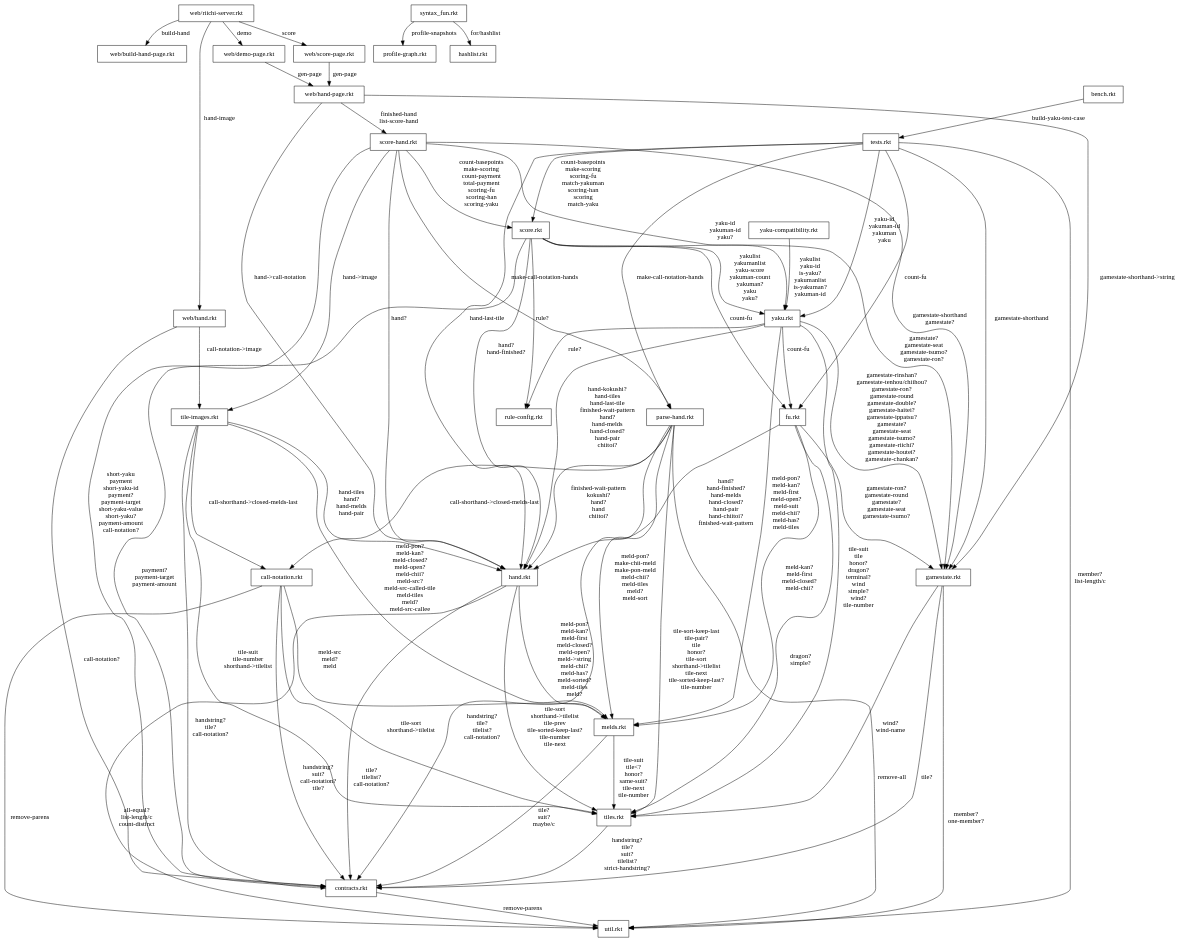
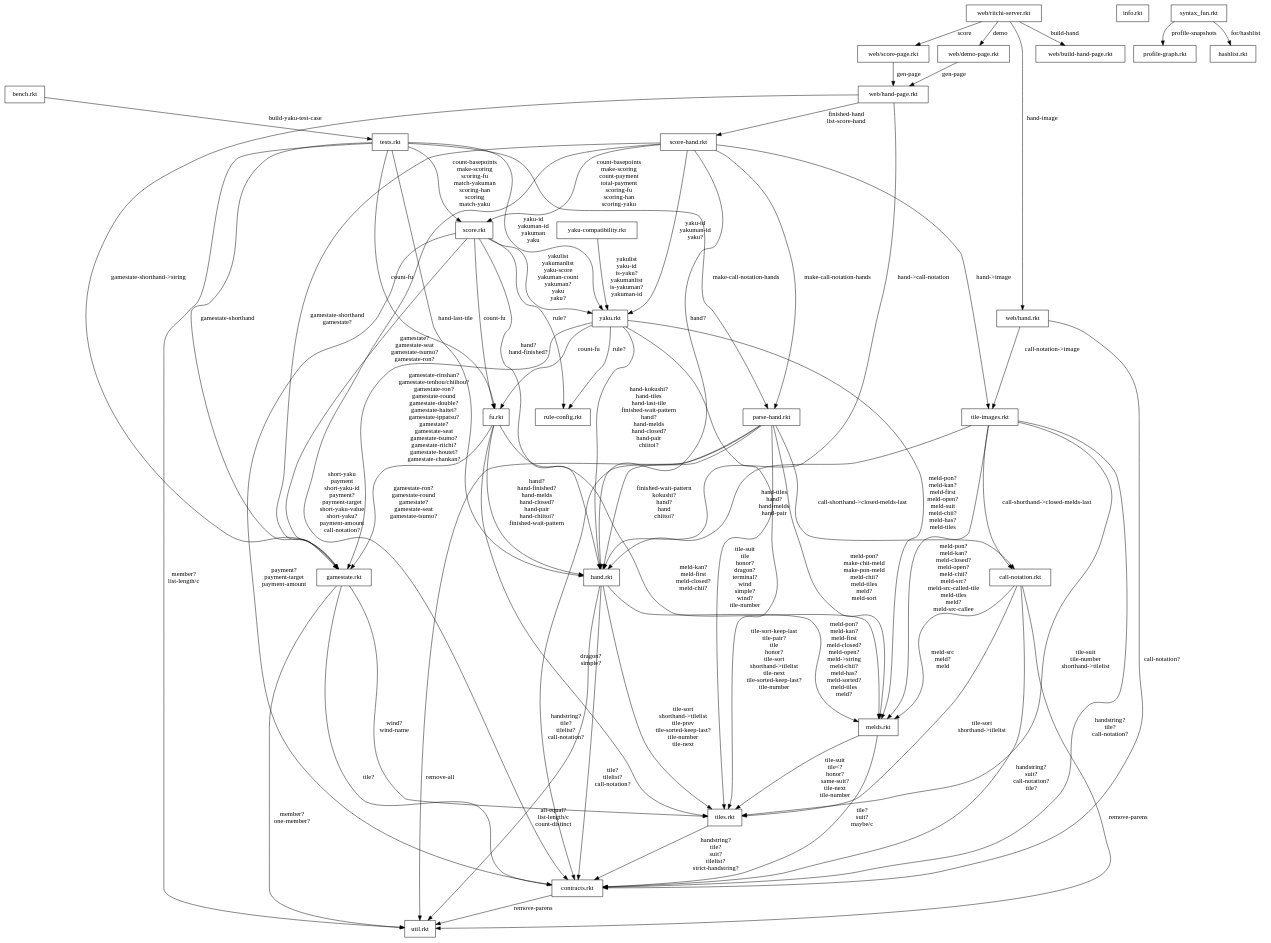
Before and after one commit to iamevn/racket-riichi: the diagram in module_deps.gv, drawn with Graphviz. The commit also changed 4 other files, not shown here.

```diff
--- a/module_deps.gv
+++ b/module_deps.gv
@@ -3,75 +3,103 @@
   splines=true
   node[shape="box"]
 
-  "web/riichi-server.rkt" -> "web/build-hand-page.rkt" [label="build-hand"];
-  "yaku.rkt" -> "tiles.rkt" [label="tile-suit\ntile\nhonor?\ndragon?\nterminal?\nwind\nsimple?\nwind?\ntile-number"];
-  "hand.rkt" -> "contracts.rkt" [label="tile?\ntilelist?\ncall-notation?"];
-  "yaku.rkt" -> "melds.rkt" [label="meld-pon?\nmeld-kan?\nmeld-first\nmeld-open?\nmeld-suit\nmeld-chii?\nmeld-has?\nmeld-tiles"];
-  "contracts.rkt" -> "util.rkt" [label="remove-parens"];
-  "score.rkt" -> "yaku.rkt" [label="yakulist\nyakumanlist\nyaku-score\nyakuman-count\nyakuman?\nyaku\nyaku?"];
-  "yaku.rkt" -> "hand.rkt" [label="hand-kokushi?\nhand-tiles\nhand-last-tile\nfinished-wait-pattern\nhand?\nhand-melds\nhand-closed?\nhand-pair\nchiitoi?"];
-  "score.rkt" -> "contracts.rkt" [label="payment?\npayment-target\npayment-amount"];
-  "score.rkt" -> "hand.rkt" [label="hand?\nhand-finished?"];
-  "tiles.rkt" -> "contracts.rkt" [label="handstring?\ntile?\nsuit?\ntilelist?\nstrict-handstring?"];
-  "syntax_fun.rkt" -> "profile-graph.rkt" [label="profile-snapshots"];
-  "score-hand.rkt" -> "parse-hand.rkt" [label="make-call-notation-hands"];
-  "score-hand.rkt" -> "gamestate.rkt" [label="gamestate-shorthand\ngamestate?"];
-  "web/hand.rkt" -> "contracts.rkt" [label="call-notation?"];
-  "call-notation.rkt" -> "util.rkt" [label="remove-parens"];
-  "bench.rkt" -> "tests.rkt" [label="build-yaku-test-case"];
-  "tests.rkt" -> "util.rkt" [label="member?\nlist-length/c"];
-  "fu.rkt" -> "melds.rkt" [label="meld-kan?\nmeld-first\nmeld-closed?\nmeld-chii?"];
-  "score-hand.rkt" -> "tile-images.rkt" [label="hand->image"];
-  "tests.rkt" -> "score.rkt" [label="count-basepoints\nmake-scoring\nscoring-fu\nmatch-yakuman\nscoring-han\nscoring\nmatch-yaku"];
-  "fu.rkt" -> "tiles.rkt" [label="dragon?\nsimple?"];
-  "parse-hand.rkt" -> "util.rkt" [label="remove-all"];
-  "fu.rkt" -> "hand.rkt" [label="hand?\nhand-finished?\nhand-melds\nhand-closed?\nhand-pair\nhand-chiitoi?\nfinished-wait-pattern"];
-  "yaku-compatibility.rkt" -> "yaku.rkt" [label="yakulist\nyaku-id\nis-yaku?\nyakumanlist\nis-yakuman?\nyakuman-id"];
-  "tile-images.rkt" -> "call-notation.rkt" [label="call-shorthand->closed-melds-last"];
-  "web/hand-page.rkt" -> "hand.rkt" [label="hand->call-notation"];
-  "score.rkt" -> "rule-config.rkt" [label="rule?"];
-  "score.rkt" -> "fu.rkt" [label="count-fu"];
-  "call-notation.rkt" -> "melds.rkt" [label="meld-src\nmeld?\nmeld"];
-  "yaku.rkt" -> "gamestate.rkt" [label="gamestate-rinshan?\ngamestate-tenhou/chiihou?\ngamestate-ron?\ngamestate-round\ngamestate-double?\ngamestate-haitei?\ngamestate-ippatsu?\ngamestate?\ngamestate-seat\ngamestate-tsumo?\ngamestate-riichi?\ngamestate-houtei?\ngamestate-chankan?"];
-  "call-notation.rkt" -> "tiles.rkt" [label="tile-sort\nshorthand->tilelist"];
-  "yaku.rkt" -> "rule-config.rkt" [label="rule?"];
-  "score.rkt" -> "gamestate.rkt" [label="gamestate?\ngamestate-seat\ngamestate-tsumo?\ngamestate-ron?"];
-  "yaku.rkt" -> "fu.rkt" [label="count-fu"];
-  "web/score-page.rkt" -> "web/hand-page.rkt" [label="gen-page"];
-  "web/riichi-server.rkt" -> "web/score-page.rkt" [label="score"];
-  "call-notation.rkt" -> "contracts.rkt" [label="handstring?\nsuit?\ncall-notation?\ntile?"];
-  "gamestate.rkt" -> "util.rkt" [label="member?\none-member?"];
-  "tests.rkt" -> "hand.rkt" [label="hand-last-tile"];
-  "parse-hand.rkt" -> "melds.rkt" [label="meld-pon?\nmake-chii-meld\nmake-pon-meld\nmeld-chii?\nmeld-tiles\nmeld?\nmeld-sort"];
-  "parse-hand.rkt" -> "tiles.rkt" [label="tile-sort-keep-last\ntile-pair?\ntile\nhonor?\ntile-sort\nshorthand->tilelist\ntile-next\ntile-sorted-keep-last?\ntile-number"];
-  "tests.rkt" -> "yaku.rkt" [label="yaku-id\nyakuman-id\nyakuman\nyaku"];
-  "parse-hand.rkt" -> "hand.rkt" [label="finished-wait-pattern\nkokushi?\nhand?\nhand\nchiitoi?"];
-  "web/riichi-server.rkt" -> "web/hand.rkt" [label="hand-image"];
-  "score-hand.rkt" -> "score.rkt" [label="count-basepoints\nmake-scoring\ncount-payment\ntotal-payment\nscoring-fu\nscoring-han\nscoring-yaku"];
-  "parse-hand.rkt" -> "contracts.rkt" [label="handstring?\ntile?\ntilelist?\ncall-notation?"];
-  "web/hand.rkt" -> "tile-images.rkt" [label="call-notation->image"];
-  "web/hand-page.rkt" -> "gamestate.rkt" [label="gamestate-shorthand->string"];
-  "gamestate.rkt" -> "tiles.rkt" [label="wind?\nwind-name"];
-  "fu.rkt" -> "gamestate.rkt" [label="gamestate-ron?\ngamestate-round\ngamestate?\ngamestate-seat\ngamestate-tsumo?"];
-  "web/riichi-server.rkt" -> "web/demo-page.rkt" [label="demo"];
-  "gamestate.rkt" -> "contracts.rkt" [label="tile?"];
-  "melds.rkt" -> "tiles.rkt" [label="tile-suit\ntile<?\nhonor?\nsame-suit?\ntile-next\ntile-number"];
-  "syntax_fun.rkt" -> "hashlist.rkt" [label="for/hashlist"];
-  "melds.rkt" -> "contracts.rkt" [label="tile?\nsuit?\nmaybe/c"];
-  "hand.rkt" -> "util.rkt" [label="all-equal?\nlist-length/c\ncount-distinct"];
-  "score-hand.rkt" -> "yaku.rkt" [label="yaku-id\nyakuman-id\nyaku?"];
-  "web/demo-page.rkt" -> "web/hand-page.rkt" [label="gen-page"];
-  "score-hand.rkt" -> "hand.rkt" [label="hand?"];
-  "tests.rkt" -> "fu.rkt" [label="count-fu"];
-  "tests.rkt" -> "parse-hand.rkt" [label="make-call-notation-hands"];
-  "score-hand.rkt" -> "contracts.rkt" [label="short-yaku\npayment\nshort-yaku-id\npayment?\npayment-target\nshort-yaku-value\nshort-yaku?\npayment-amount\ncall-notation?"];
-  "tests.rkt" -> "gamestate.rkt" [label="gamestate-shorthand"];
-  "tile-images.rkt" -> "melds.rkt" [label="meld-pon?\nmeld-kan?\nmeld-closed?\nmeld-open?\nmeld-chii?\nmeld-src?\nmeld-src-called-tile\nmeld-tiles\nmeld?\nmeld-src-callee"];
-  "web/hand-page.rkt" -> "score-hand.rkt" [label="finished-hand\nlist-score-hand"];
-  "tile-images.rkt" -> "tiles.rkt" [label="tile-suit\ntile-number\nshorthand->tilelist"];
-  "tile-images.rkt" -> "contracts.rkt" [label="handstring?\ntile?\ncall-notation?"];
-  "hand.rkt" -> "melds.rkt" [label="meld-pon?\nmeld-kan?\nmeld-first\nmeld-closed?\nmeld-open?\nmeld->string\nmeld-chii?\nmeld-has?\nmeld-sorted?\nmeld-tiles\nmeld?"];
-  "tile-images.rkt" -> "hand.rkt" [label="hand-tiles\nhand?\nhand-melds\nhand-pair"];
-  "hand.rkt" -> "tiles.rkt" [label="tile-sort\nshorthand->tilelist\ntile-prev\ntile-sorted-keep-last?\ntile-number\ntile-next"];
-  "parse-hand.rkt" -> "call-notation.rkt" [label="call-shorthand->closed-melds-last"];
+  "bench.rkt" [class="bench"];
+  "score-hand.rkt" [class="score_hand"];
+  "web/demo-page.rkt" [class="web_demo_page"];
+  "web/hand-page.rkt" [class="web_hand_page"];
+  "info.rkt" [class="info"];
+  "yaku.rkt" [class="yaku"];
+  "hand.rkt" [class="hand"];
+  "contracts.rkt" [class="contracts"];
+  "tiles.rkt" [class="tiles"];
+  "melds.rkt" [class="melds"];
+  "profile-graph.rkt" [class="profile_graph"];
+  "web/riichi-server.rkt" [class="web_riichi_server"];
+  "web/build-hand-page.rkt" [class="web_build_hand_page"];
+  "score.rkt" [class="score"];
+  "util.rkt" [class="util"];
+  "hashlist.rkt" [class="hashlist"];
+  "tile-images.rkt" [class="tile_images"];
+  "web/hand.rkt" [class="web_hand"];
+  "call-notation.rkt" [class="call_notation"];
+  "rule-config.rkt" [class="rule_config"];
+  "gamestate.rkt" [class="gamestate"];
+  "parse-hand.rkt" [class="parse_hand"];
+  "yaku-compatibility.rkt" [class="yaku_compatibility"];
+  "fu.rkt" [class="fu"];
+  "tests.rkt" [class="tests"];
+  "syntax_fun.rkt" [class="syntax_fun"];
+  "web/score-page.rkt" [class="web_score_page"];
+
+  "web/riichi-server.rkt" -> "web/build-hand-page.rkt" [label="build-hand",class="web_riichi_server web_build_hand_page"];
+  "yaku.rkt" -> "tiles.rkt" [label="tile-suit\ntile\nhonor?\ndragon?\nterminal?\nwind\nsimple?\nwind?\ntile-number",class="yaku tiles"];
+  "hand.rkt" -> "contracts.rkt" [label="tile?\ntilelist?\ncall-notation?",class="hand contracts"];
+  "yaku.rkt" -> "melds.rkt" [label="meld-pon?\nmeld-kan?\nmeld-first\nmeld-open?\nmeld-suit\nmeld-chii?\nmeld-has?\nmeld-tiles",class="yaku melds"];
+  "contracts.rkt" -> "util.rkt" [label="remove-parens",class="contracts util"];
+  "score.rkt" -> "yaku.rkt" [label="yakulist\nyakumanlist\nyaku-score\nyakuman-count\nyakuman?\nyaku\nyaku?",class="score yaku"];
+  "yaku.rkt" -> "hand.rkt" [label="hand-kokushi?\nhand-tiles\nhand-last-tile\nfinished-wait-pattern\nhand?\nhand-melds\nhand-closed?\nhand-pair\nchiitoi?",class="yaku hand"];
+  "score.rkt" -> "contracts.rkt" [label="payment?\npayment-target\npayment-amount",class="score contracts"];
+  "score.rkt" -> "hand.rkt" [label="hand?\nhand-finished?",class="score hand"];
+  "tiles.rkt" -> "contracts.rkt" [label="handstring?\ntile?\nsuit?\ntilelist?\nstrict-handstring?",class="tiles contracts"];
+  "syntax_fun.rkt" -> "profile-graph.rkt" [label="profile-snapshots",class="syntax_fun profile_graph"];
+  "score-hand.rkt" -> "parse-hand.rkt" [label="make-call-notation-hands",class="score_hand parse_hand"];
+  "score-hand.rkt" -> "gamestate.rkt" [label="gamestate-shorthand\ngamestate?",class="score_hand gamestate"];
+  "web/hand.rkt" -> "contracts.rkt" [label="call-notation?",class="web_hand contracts"];
+  "call-notation.rkt" -> "util.rkt" [label="remove-parens",class="call_notation util"];
+  "bench.rkt" -> "tests.rkt" [label="build-yaku-test-case",class="bench tests"];
+  "tests.rkt" -> "util.rkt" [label="member?\nlist-length/c",class="tests util"];
+  "fu.rkt" -> "melds.rkt" [label="meld-kan?\nmeld-first\nmeld-closed?\nmeld-chii?",class="fu melds"];
+  "score-hand.rkt" -> "tile-images.rkt" [label="hand->image",class="score_hand tile_images"];
+  "tests.rkt" -> "score.rkt" [label="count-basepoints\nmake-scoring\nscoring-fu\nmatch-yakuman\nscoring-han\nscoring\nmatch-yaku",class="tests score"];
+  "fu.rkt" -> "tiles.rkt" [label="dragon?\nsimple?",class="fu tiles"];
+  "parse-hand.rkt" -> "util.rkt" [label="remove-all",class="parse_hand util"];
+  "fu.rkt" -> "hand.rkt" [label="hand?\nhand-finished?\nhand-melds\nhand-closed?\nhand-pair\nhand-chiitoi?\nfinished-wait-pattern",class="fu hand"];
+  "yaku-compatibility.rkt" -> "yaku.rkt" [label="yakulist\nyaku-id\nis-yaku?\nyakumanlist\nis-yakuman?\nyakuman-id",class="yaku_compatibility yaku"];
+  "tile-images.rkt" -> "call-notation.rkt" [label="call-shorthand->closed-melds-last",class="tile_images call_notation"];
+  "web/hand-page.rkt" -> "hand.rkt" [label="hand->call-notation",class="web_hand_page hand"];
+  "score.rkt" -> "rule-config.rkt" [label="rule?",class="score rule_config"];
+  "score.rkt" -> "fu.rkt" [label="count-fu",class="score fu"];
+  "call-notation.rkt" -> "melds.rkt" [label="meld-src\nmeld?\nmeld",class="call_notation melds"];
+  "yaku.rkt" -> "gamestate.rkt" [label="gamestate-rinshan?\ngamestate-tenhou/chiihou?\ngamestate-ron?\ngamestate-round\ngamestate-double?\ngamestate-haitei?\ngamestate-ippatsu?\ngamestate?\ngamestate-seat\ngamestate-tsumo?\ngamestate-riichi?\ngamestate-houtei?\ngamestate-chankan?",class="yaku gamestate"];
+  "call-notation.rkt" -> "tiles.rkt" [label="tile-sort\nshorthand->tilelist",class="call_notation tiles"];
+  "yaku.rkt" -> "rule-config.rkt" [label="rule?",class="yaku rule_config"];
+  "score.rkt" -> "gamestate.rkt" [label="gamestate?\ngamestate-seat\ngamestate-tsumo?\ngamestate-ron?",class="score gamestate"];
+  "yaku.rkt" -> "fu.rkt" [label="count-fu",class="yaku fu"];
+  "web/score-page.rkt" -> "web/hand-page.rkt" [label="gen-page",class="web_score_page web_hand_page"];
+  "web/riichi-server.rkt" -> "web/score-page.rkt" [label="score",class="web_riichi_server web_score_page"];
+  "call-notation.rkt" -> "contracts.rkt" [label="handstring?\nsuit?\ncall-notation?\ntile?",class="call_notation contracts"];
+  "gamestate.rkt" -> "util.rkt" [label="member?\none-member?",class="gamestate util"];
+  "tests.rkt" -> "hand.rkt" [label="hand-last-tile",class="tests hand"];
+  "parse-hand.rkt" -> "melds.rkt" [label="meld-pon?\nmake-chii-meld\nmake-pon-meld\nmeld-chii?\nmeld-tiles\nmeld?\nmeld-sort",class="parse_hand melds"];
+  "parse-hand.rkt" -> "tiles.rkt" [label="tile-sort-keep-last\ntile-pair?\ntile\nhonor?\ntile-sort\nshorthand->tilelist\ntile-next\ntile-sorted-keep-last?\ntile-number",class="parse_hand tiles"];
+  "tests.rkt" -> "yaku.rkt" [label="yaku-id\nyakuman-id\nyakuman\nyaku",class="tests yaku"];
+  "parse-hand.rkt" -> "hand.rkt" [label="finished-wait-pattern\nkokushi?\nhand?\nhand\nchiitoi?",class="parse_hand hand"];
+  "web/riichi-server.rkt" -> "web/hand.rkt" [label="hand-image",class="web_riichi_server web_hand"];
+  "score-hand.rkt" -> "score.rkt" [label="count-basepoints\nmake-scoring\ncount-payment\ntotal-payment\nscoring-fu\nscoring-han\nscoring-yaku",class="score_hand score"];
+  "parse-hand.rkt" -> "contracts.rkt" [label="handstring?\ntile?\ntilelist?\ncall-notation?",class="parse_hand contracts"];
+  "web/hand.rkt" -> "tile-images.rkt" [label="call-notation->image",class="web_hand tile_images"];
+  "web/hand-page.rkt" -> "gamestate.rkt" [label="gamestate-shorthand->string",class="web_hand_page gamestate"];
+  "gamestate.rkt" -> "tiles.rkt" [label="wind?\nwind-name",class="gamestate tiles"];
+  "fu.rkt" -> "gamestate.rkt" [label="gamestate-ron?\ngamestate-round\ngamestate?\ngamestate-seat\ngamestate-tsumo?",class="fu gamestate"];
+  "web/riichi-server.rkt" -> "web/demo-page.rkt" [label="demo",class="web_riichi_server web_demo_page"];
+  "gamestate.rkt" -> "contracts.rkt" [label="tile?",class="gamestate contracts"];
+  "melds.rkt" -> "tiles.rkt" [label="tile-suit\ntile<?\nhonor?\nsame-suit?\ntile-next\ntile-number",class="melds tiles"];
+  "syntax_fun.rkt" -> "hashlist.rkt" [label="for/hashlist",class="syntax_fun hashlist"];
+  "melds.rkt" -> "contracts.rkt" [label="tile?\nsuit?\nmaybe/c",class="melds contracts"];
+  "hand.rkt" -> "util.rkt" [label="all-equal?\nlist-length/c\ncount-distinct",class="hand util"];
+  "score-hand.rkt" -> "yaku.rkt" [label="yaku-id\nyakuman-id\nyaku?",class="score_hand yaku"];
+  "web/demo-page.rkt" -> "web/hand-page.rkt" [label="gen-page",class="web_demo_page web_hand_page"];
+  "score-hand.rkt" -> "hand.rkt" [label="hand?",class="score_hand hand"];
+  "tests.rkt" -> "fu.rkt" [label="count-fu",class="tests fu"];
+  "tests.rkt" -> "parse-hand.rkt" [label="make-call-notation-hands",class="tests parse_hand"];
+  "score-hand.rkt" -> "contracts.rkt" [label="short-yaku\npayment\nshort-yaku-id\npayment?\npayment-target\nshort-yaku-value\nshort-yaku?\npayment-amount\ncall-notation?",class="score_hand contracts"];
+  "tests.rkt" -> "gamestate.rkt" [label="gamestate-shorthand",class="tests gamestate"];
+  "tile-images.rkt" -> "melds.rkt" [label="meld-pon?\nmeld-kan?\nmeld-closed?\nmeld-open?\nmeld-chii?\nmeld-src?\nmeld-src-called-tile\nmeld-tiles\nmeld?\nmeld-src-callee",class="tile_images melds"];
+  "web/hand-page.rkt" -> "score-hand.rkt" [label="finished-hand\nlist-score-hand",class="web_hand_page score_hand"];
+  "tile-images.rkt" -> "tiles.rkt" [label="tile-suit\ntile-number\nshorthand->tilelist",class="tile_images tiles"];
+  "tile-images.rkt" -> "contracts.rkt" [label="handstring?\ntile?\ncall-notation?",class="tile_images contracts"];
+  "hand.rkt" -> "melds.rkt" [label="meld-pon?\nmeld-kan?\nmeld-first\nmeld-closed?\nmeld-open?\nmeld->string\nmeld-chii?\nmeld-has?\nmeld-sorted?\nmeld-tiles\nmeld?",class="hand melds"];
+  "tile-images.rkt" -> "hand.rkt" [label="hand-tiles\nhand?\nhand-melds\nhand-pair",class="tile_images hand"];
+  "hand.rkt" -> "tiles.rkt" [label="tile-sort\nshorthand->tilelist\ntile-prev\ntile-sorted-keep-last?\ntile-number\ntile-next",class="hand tiles"];
+  "parse-hand.rkt" -> "call-notation.rkt" [label="call-shorthand->closed-melds-last",class="parse_hand call_notation"];
 }
```
